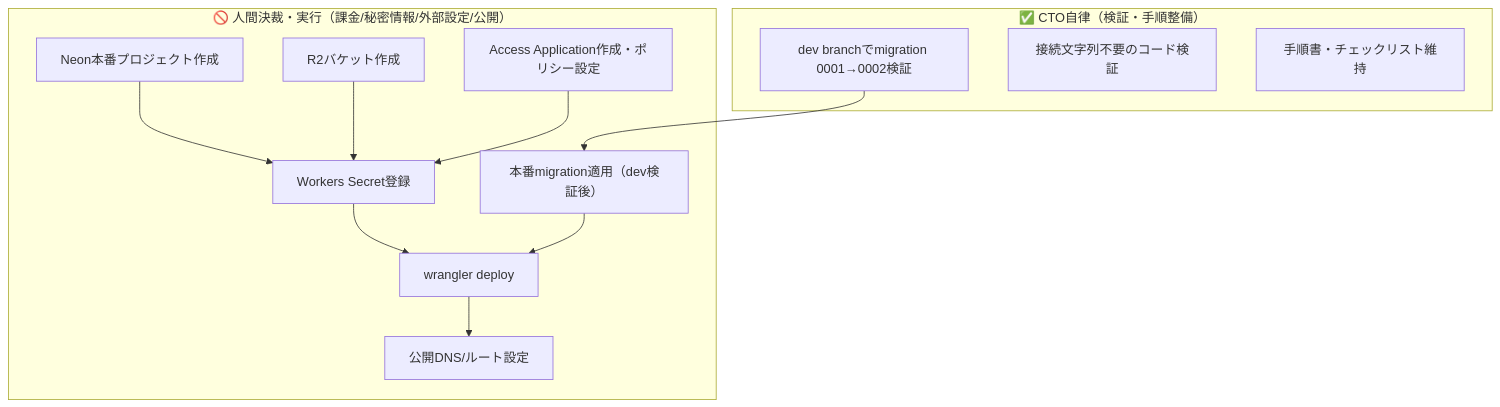
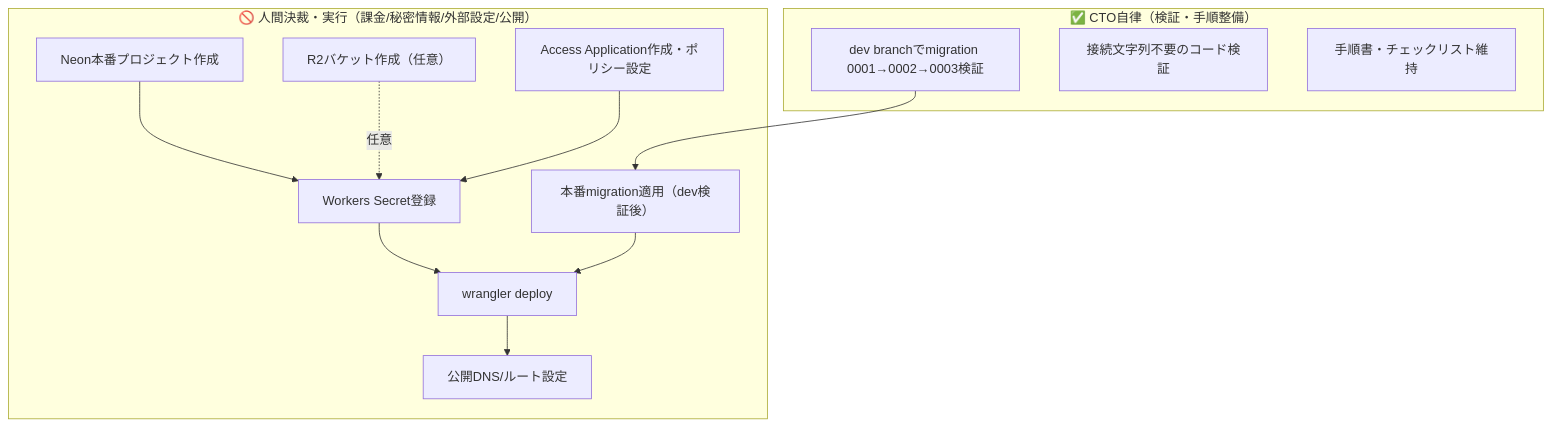
The diagram in docs/operations/production-deployment.md (Kensan196948G/CivilDraft-Web-CAD), drawn with Mermaid before and after one commit. The commit also changed other lines of this file and 15 other files, not shown here.

````diff
--- a/docs/operations/production-deployment.md
+++ b/docs/operations/production-deployment.md
@@ -14,24 +14,24 @@
 ```mermaid
 flowchart TB
     subgraph HUMAN["🚫 人間決裁・実行（課金/秘密情報/外部設定/公開）"]
         N1["Neon本番プロジェクト作成"]
-        R1["R2バケット作成"]
+        R1["R2バケット作成（任意）"]
         A1["Access Application作成・ポリシー設定"]
         S1["Workers Secret登録"]
         M1["本番migration適用（dev検証後）"]
         D1["wrangler deploy"]
         DNS1["公開DNS/ルート設定"]
     end
     subgraph CTO["✅ CTO自律（検証・手順整備）"]
-        C1["dev branchでmigration 0001→0002検証"]
+        C1["dev branchでmigration 0001→0002→0003検証"]
         C2["接続文字列不要のコード検証"]
         C3["手順書・チェックリスト維持"]
     end
     C1 --> M1
     N1 --> S1
-    R1 --> S1
+    R1 -.任意.-> S1
     A1 --> S1
     S1 --> D1
     M1 --> D1
     D1 --> DNS1
 ```
````
